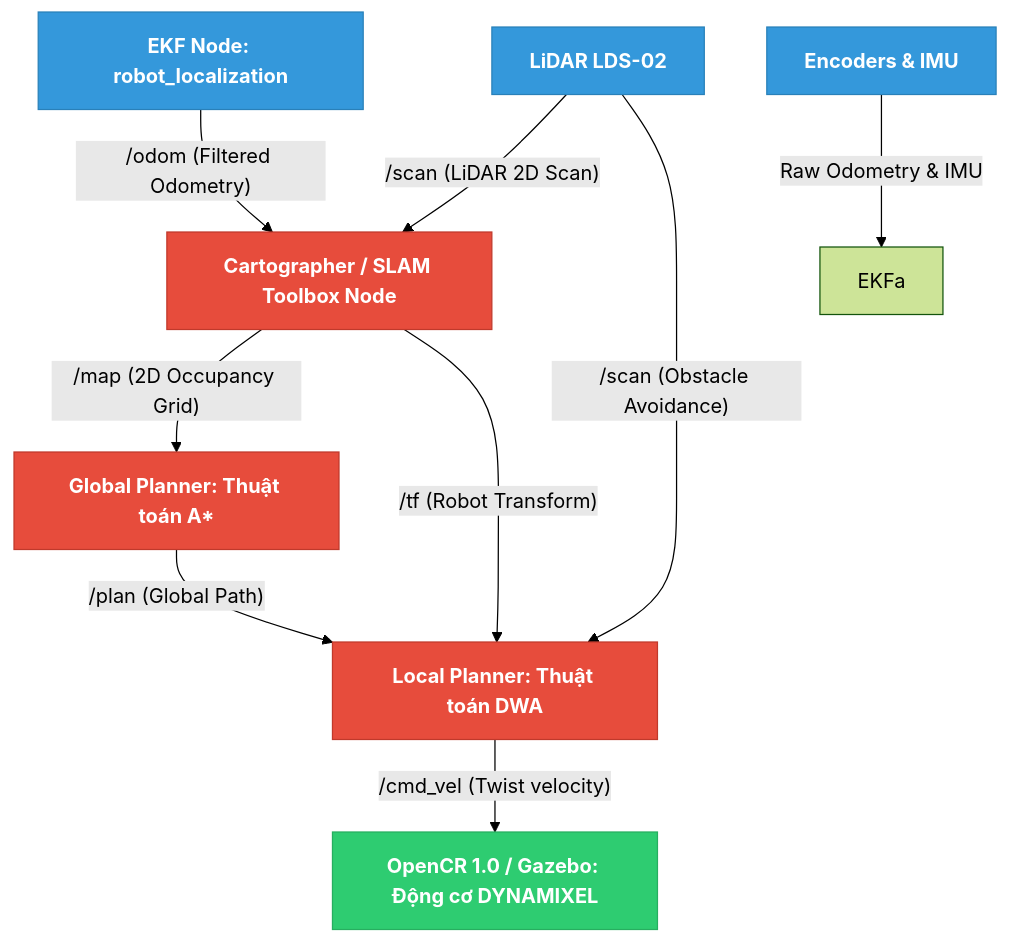
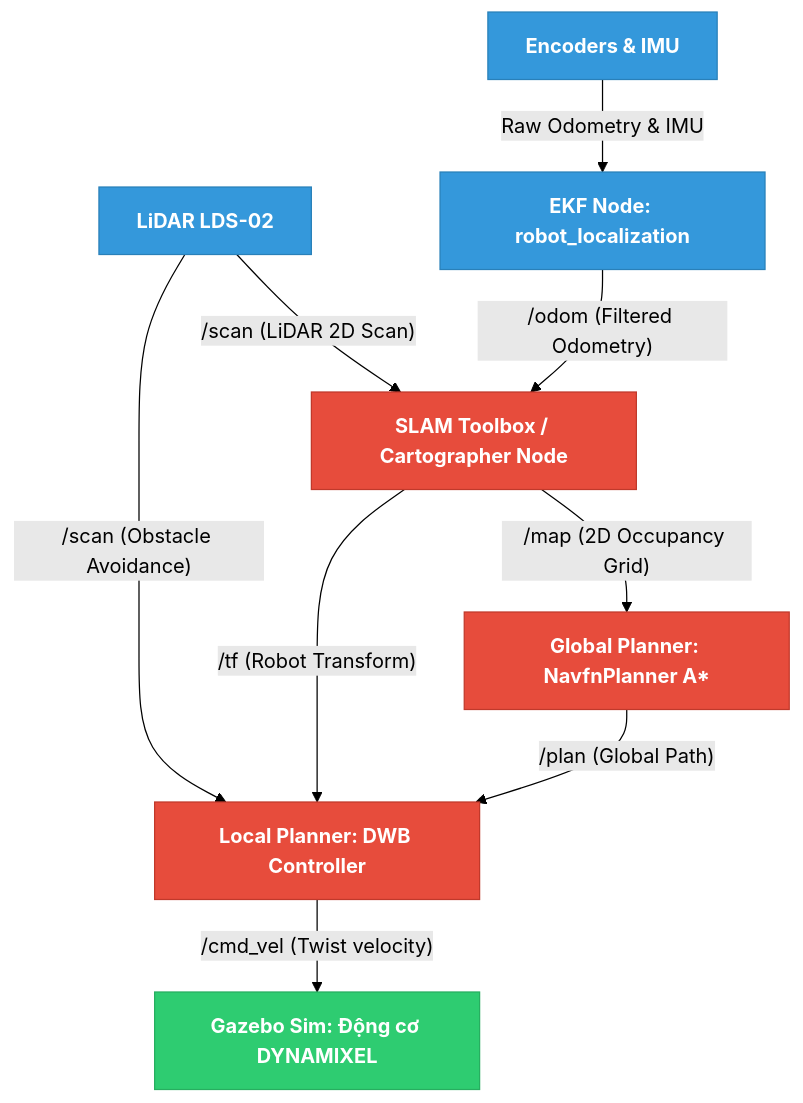
The diagram in docs/mapping_navigation_dataflow.md (lequochuy05/CD2), drawn with Mermaid (forest theme) before and after one commit. The commit also changed other lines of this file and 9 other files, not shown here.

````diff
--- a/docs/mapping_navigation_dataflow.md
+++ b/docs/mapping_navigation_dataflow.md
@@ -13,31 +13,31 @@
 ```mermaid
 graph TD
     %% Define styles
     classDef perception fill:#3498db,stroke:#2980b9,color:#fff,font-weight:bold;
     classDef algorithm fill:#e74c3c,stroke:#c0392b,color:#fff,font-weight:bold;
     classDef actuation fill:#2ecc71,stroke:#27ae60,color:#fff,font-weight:bold;
 
     %% Nodes definition
     LIDAR[LiDAR LDS-02]:::perception
     SENSORS[Encoders & IMU]:::perception
     EKF[EKF Node: robot_localization]:::perception
     
-    SLAM[Cartographer / SLAM Toolbox Node]:::algorithm
-    GLOBAL[Global Planner: Thuật toán A*]:::algorithm
-    LOCAL[Local Planner: Thuật toán DWA]:::algorithm
+    SLAM[SLAM Toolbox / Cartographer Node]:::algorithm
+    GLOBAL[Global Planner: NavfnPlanner A*]:::algorithm
+    LOCAL[Local Planner: DWB Controller]:::algorithm
     
-    MOTORS[OpenCR 1.0 / Gazebo: Động cơ DYNAMIXEL]:::actuation
+    MOTORS[Gazebo Sim: Động cơ DYNAMIXEL]:::actuation
 
     %% Dataflow arrows
     LIDAR -- "/scan (LiDAR 2D Scan)" --> SLAM
-    SENSORS -- "Raw Odometry & IMU" --> EKFa
+    SENSORS -- "Raw Odometry & IMU" --> EKF
     EKF -- "/odom (Filtered Odometry)" --> SLAM
     
     SLAM -- "/map (2D Occupancy Grid)" --> GLOBAL
     SLAM -- "/tf (Robot Transform)" --> LOCAL
     
     GLOBAL -- "/plan (Global Path)" --> LOCAL
     LIDAR -- "/scan (Obstacle Avoidance)" --> LOCAL
     
     LOCAL -- "/cmd_vel (Twist velocity)" --> MOTORS
 ```
````
